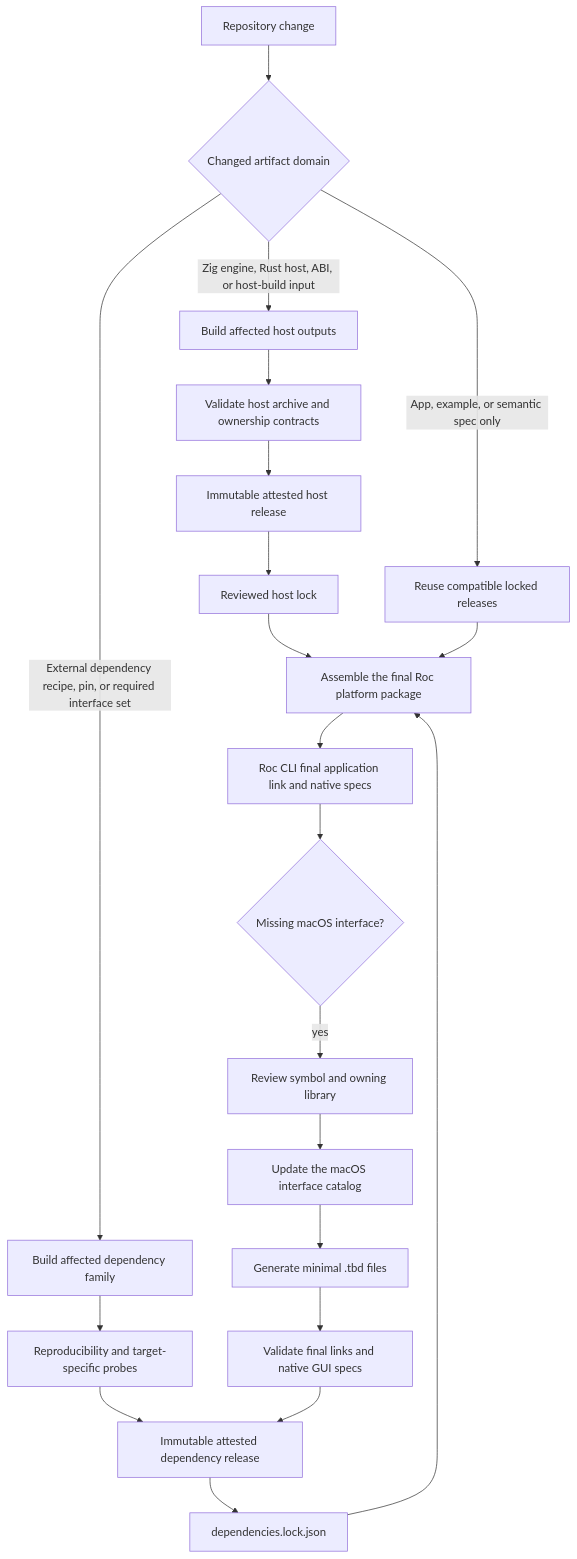
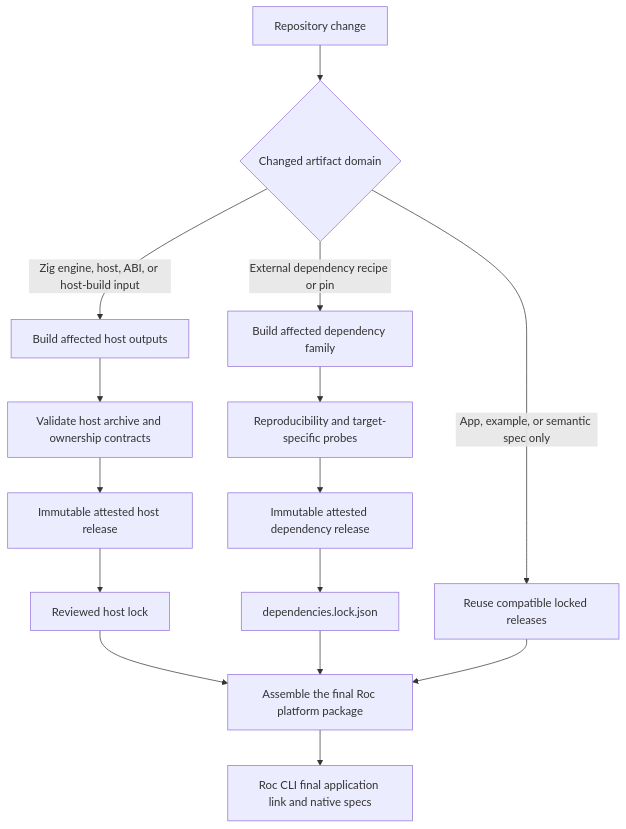
The first of 4 diagrams in design.md (lukewilliamboswell/roc-signals), drawn with Mermaid before and after one commit. The commit also changed other lines of this file, not shown here.

First line of the commit message:
Narrow the design to the shared engine, native spec host, and browser host

````diff
--- a/design.md
+++ b/design.md
@@ -319,26 +281,20 @@
 ```mermaid
 flowchart TD
     Change[Repository change] --> Kind{Changed artifact domain}
-    Kind -->|Zig engine, Rust host, ABI, or host-build input| BuildHost[Build affected host outputs]
-    Kind -->|External dependency recipe, pin, or required interface set| BuildDependency[Build affected dependency family]
+    Kind -->|Zig engine, host, ABI, or host-build input| BuildHost[Build affected host outputs]
+    Kind -->|External dependency recipe or pin| BuildDependency[Build affected dependency family]
     Kind -->|App, example, or semantic spec only| Reuse[Reuse compatible locked releases]
 
     BuildHost --> HostValidate[Validate host archive and ownership contracts]
     HostValidate --> HostRelease[Immutable attested host release]
     HostRelease --> HostLock[Reviewed host lock]
 
     BuildDependency --> DependencyValidate[Reproducibility and target-specific probes]
     DependencyValidate --> DependencyRelease[Immutable attested dependency release]
     DependencyRelease --> DependencyLock[dependencies.lock.json]
 
     HostLock --> Assemble[Assemble the final Roc platform package]
     DependencyLock --> Assemble
     Reuse --> Assemble
     Assemble --> FinalLink[Roc CLI final application link and native specs]
-    FinalLink --> Missing{Missing macOS interface?}
-    Missing -->|yes| Review[Review symbol and owning library]
-    Review --> Catalog[Update the macOS interface catalog]
-    Catalog --> Generate[Generate minimal .tbd files]
-    Generate --> MacValidate[Validate final links and native GUI specs]
-    MacValidate --> DependencyRelease
 ```
````
